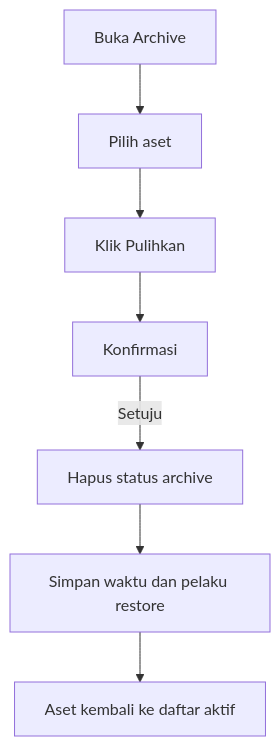
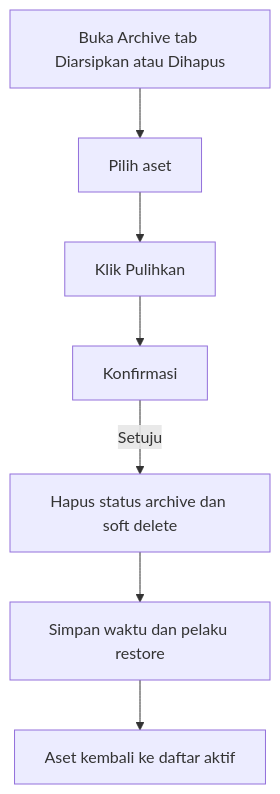
Before and after one commit to dev-ijf/asset-management-system: the seventh of 13 diagrams in docs/ASSET_MANAGEMENT_BUSINESS_PROCESS.md, drawn with Mermaid. The commit also changed other lines of this file and 19 other files, not shown here.

````diff
--- a/docs/ASSET_MANAGEMENT_BUSINESS_PROCESS.md
+++ b/docs/ASSET_MANAGEMENT_BUSINESS_PROCESS.md
@@ -104,9 +104,9 @@
 ```mermaid
 flowchart TD
-    A[Buka Archive] --> B[Pilih aset]
+    A[Buka Archive tab Diarsipkan atau Dihapus] --> B[Pilih aset]
     B --> C[Klik Pulihkan]
     C --> D[Konfirmasi]
-    D -->|Setuju| E[Hapus status archive]
+    D -->|Setuju| E[Hapus status archive dan soft delete]
     E --> F[Simpan waktu dan pelaku restore]
     F --> G[Aset kembali ke daftar aktif]
 ```
````
